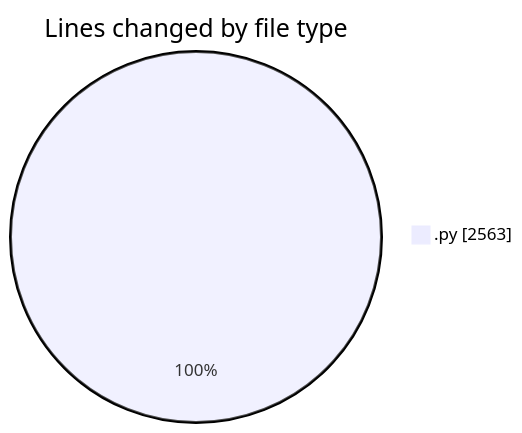
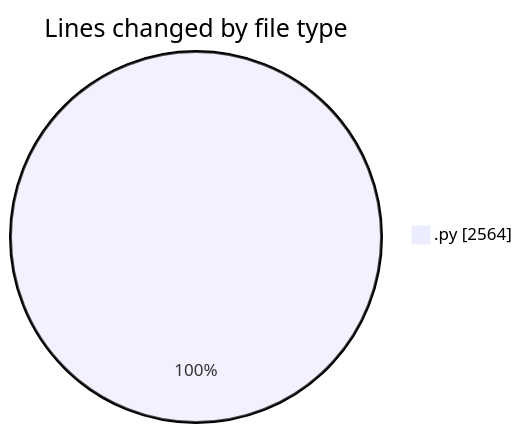
The first of 2 diagrams in 2025-11-25/eventscop-api-guide__workspace_/README.md (julien-gomy/code-tracking), drawn with Mermaid before and after one commit. The commit also changed other lines of this file and 1 other file, not shown here.

````diff
--- a/2025-11-25/eventscop-api-guide__workspace_/README.md
+++ b/2025-11-25/eventscop-api-guide__workspace_/README.md
@@ -24,5 +24,5 @@
 ```mermaid
 pie showData
 title Lines changed by file type
-".py" : 2563
+".py" : 2564
 ```
````
